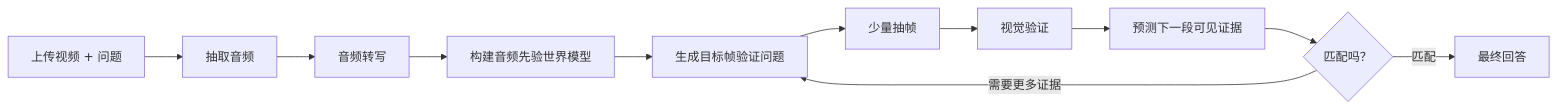
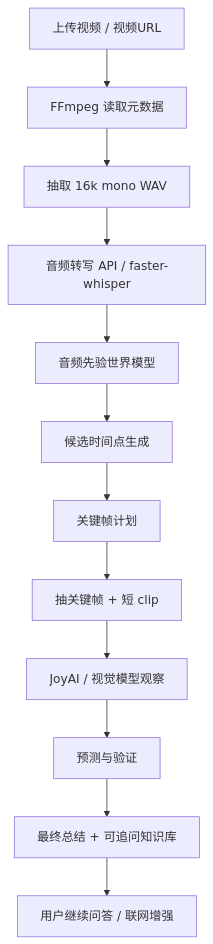
One commit to MrChenyh/audio-first-video-agent changed the diagram in README.md. Above: the diagram before and after it, drawn with Mermaid. The commit also changed other lines of this file and 17 other files, not shown here.

````diff
--- a/README.md
+++ b/README.md
@@ -7,13 +21,14 @@
 ```mermaid
-flowchart LR
-  A["上传视频 + 问题"] --> B["抽取音频"]
-  B --> C["音频转写"]
-  C --> D["构建音频先验世界模型"]
-  D --> E["生成目标帧验证问题"]
-  E --> F["少量抽帧"]
-  F --> G["视觉验证"]
-  G --> H["预测下一段可见证据"]
-  H --> I{"匹配吗？"}
-  I -- "匹配" --> J["最终回答"]
-  I -- "需要更多证据" --> E
+flowchart TD
+  A["上传视频 / 视频URL"] --> B["FFmpeg 读取元数据"]
+  B --> C["抽取 16k mono WAV"]
+  C --> D["音频转写 API / faster-whisper"]
+  D --> E["音频先验世界模型"]
+  E --> F["候选时间点生成"]
+  F --> G["关键帧计划"]
+  G --> H["抽关键帧 + 短 clip"]
+  H --> I["JoyAI / 视觉模型观察"]
+  I --> J["预测与验证"]
+  J --> K["最终总结 + 可追问知识库"]
+  K --> L["用户继续问答 / 联网增强"]
 ```
````
